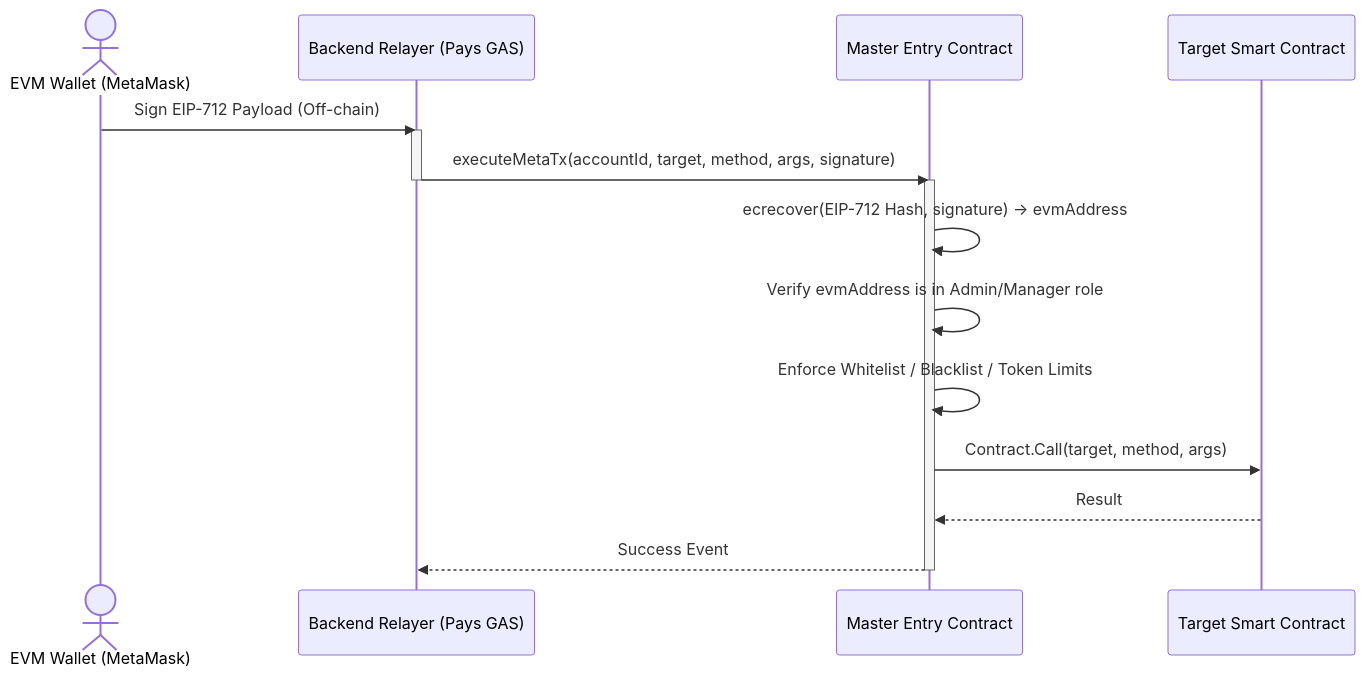
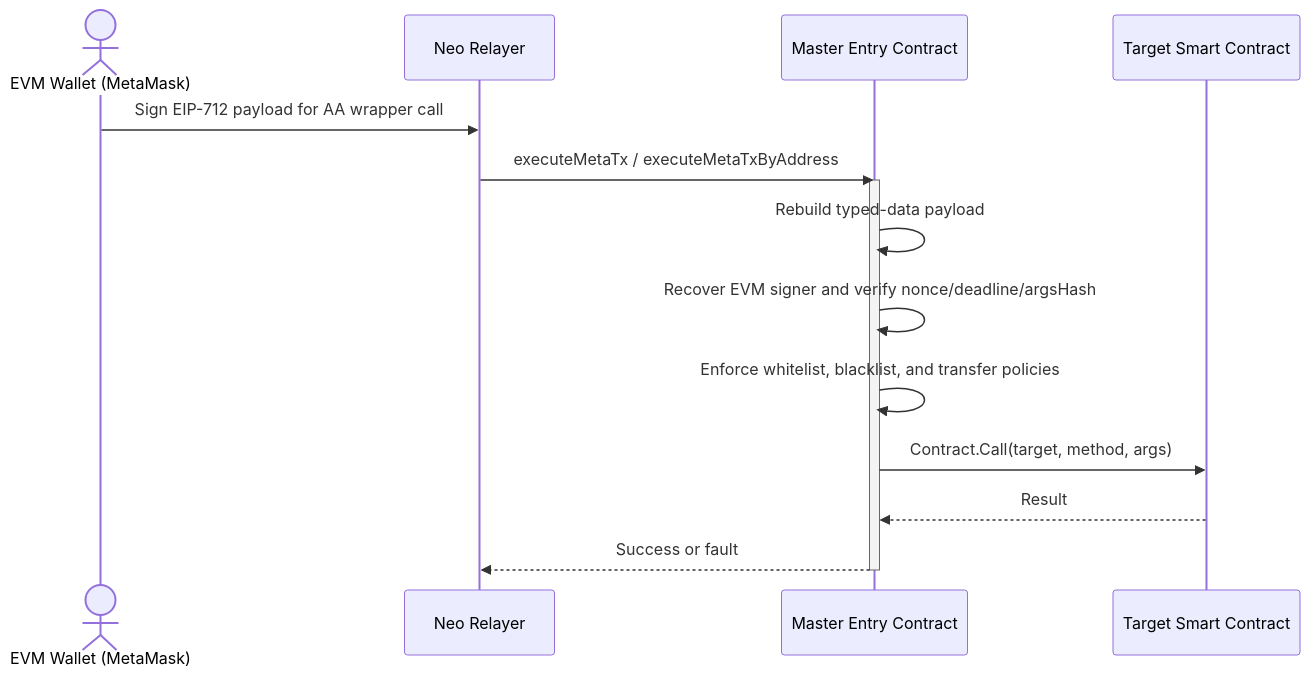
Before and after one commit to r3e-network/neo-abstract-account: the third of 3 diagrams in frontend/src/assets/docs/workflow.md, drawn with Mermaid. The commit also changed other lines of this file and 9 other files, not shown here.

````diff
--- a/frontend/src/assets/docs/workflow.md
+++ b/frontend/src/assets/docs/workflow.md
@@ -59,21 +64,18 @@
 ```mermaid
 sequenceDiagram
     actor EVM as EVM Wallet (MetaMask)
-    participant Relayer as Backend Relayer (Pays GAS)
+    participant Relayer as Neo Relayer
     participant Master as Master Entry Contract
     participant Target as Target Smart Contract
-    
-    EVM->>Relayer: Sign EIP-712 Payload (Off-chain)
-    activate Relayer
-    Relayer->>Master: executeMetaTx(accountId, target, method, args, signature)
-    deactivate Relayer
-    
+
+    EVM->>Relayer: Sign EIP-712 payload for AA wrapper call
+    Relayer->>Master: executeMetaTx / executeMetaTxByAddress
     activate Master
-    Master->>Master: ecrecover(EIP-712 Hash, signature) -> evmAddress
-    Master->>Master: Verify evmAddress is in Admin/Manager role
-    Master->>Master: Enforce Whitelist / Blacklist / Token Limits
+    Master->>Master: Rebuild typed-data payload
+    Master->>Master: Recover EVM signer and verify nonce/deadline/argsHash
+    Master->>Master: Enforce whitelist, blacklist, and transfer policies
     Master->>Target: Contract.Call(target, method, args)
     Target-->>Master: Result
-    Master-->>Relayer: Success Event
+    Master-->>Relayer: Success or fault
     deactivate Master
 ```
````
